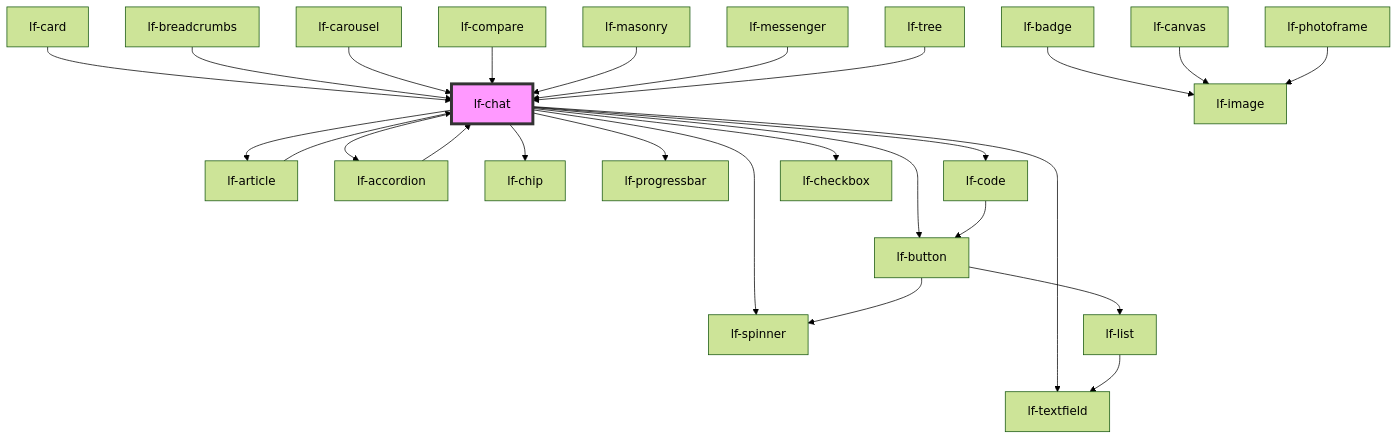
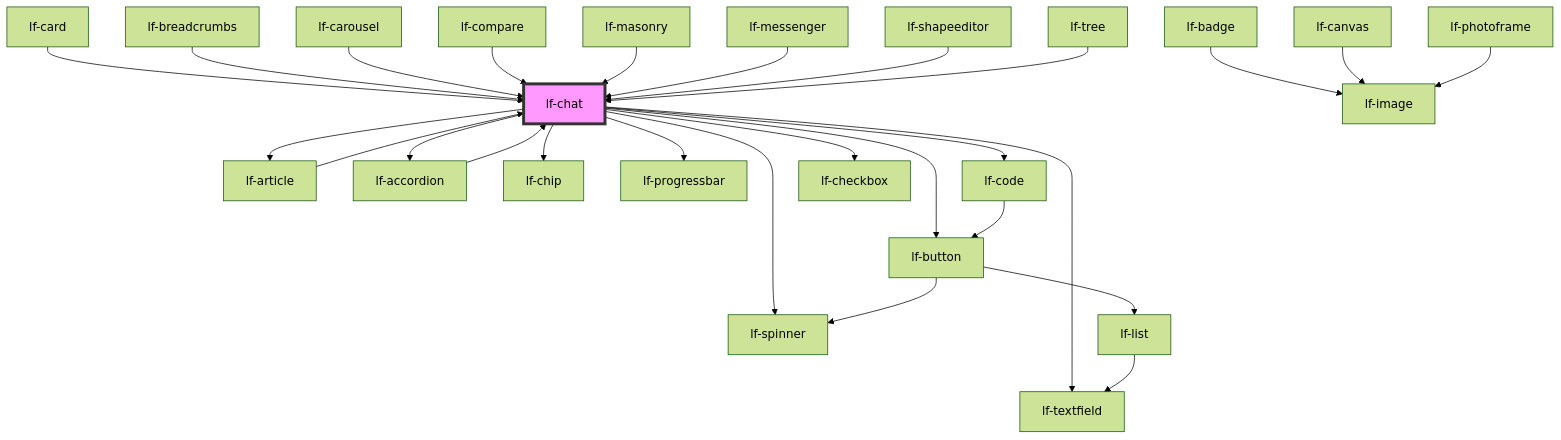
The diagram in packages/core/src/components/lf-chat/readme.md (lucafoscili/lf-widgets), drawn with Mermaid (forest theme) before and after one commit. The commit also changed other lines of this file and 27 other files, not shown here.

````diff
--- a/packages/core/src/components/lf-chat/readme.md
+++ b/packages/core/src/components/lf-chat/readme.md
@@ -275,29 +276,30 @@
 ```mermaid
 graph TD;
   lf-chat --> lf-spinner
   lf-chat --> lf-article
   lf-chat --> lf-accordion
   lf-chat --> lf-button
   lf-chat --> lf-chip
   lf-chat --> lf-textfield
   lf-chat --> lf-progressbar
   lf-chat --> lf-code
   lf-chat --> lf-checkbox
   lf-article --> lf-chat
   lf-accordion --> lf-chat
   lf-badge --> lf-image
   lf-button --> lf-list
   lf-button --> lf-spinner
   lf-list --> lf-textfield
   lf-canvas --> lf-image
   lf-card --> lf-chat
   lf-code --> lf-button
   lf-photoframe --> lf-image
   lf-breadcrumbs --> lf-chat
   lf-carousel --> lf-chat
   lf-compare --> lf-chat
   lf-masonry --> lf-chat
   lf-messenger --> lf-chat
+  lf-shapeeditor --> lf-chat
   lf-tree --> lf-chat
   style lf-chat fill:#f9f,stroke:#333,stroke-width:4px
 ```
````
